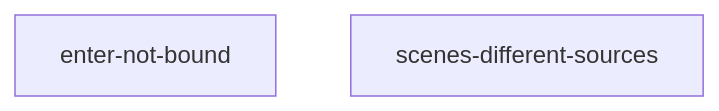
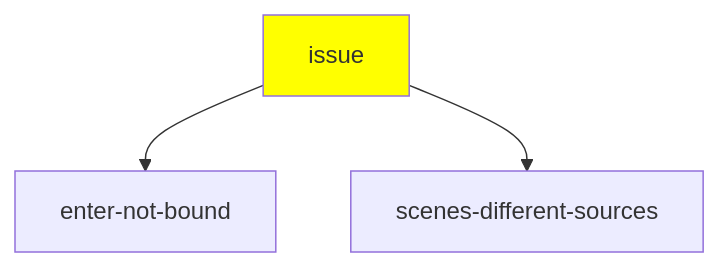
One commit to livedebug/livedebug changed the diagram in docs/obs-studio-3044/README.md. Above: the diagram before and after it, drawn with Mermaid. The commit also changed other lines of this file, not shown here.

````diff
--- a/docs/obs-studio-3044/README.md
+++ b/docs/obs-studio-3044/README.md
@@ -24,7 +24,13 @@
 ```mermaid
 graph TD
+
+  issue   
+
+  style issue fill:yellow
+
   enter-not-bound
   scenes-different-sources
 
-
+  issue --> enter-not-bound
+  issue --> scenes-different-sources
 ```
````
